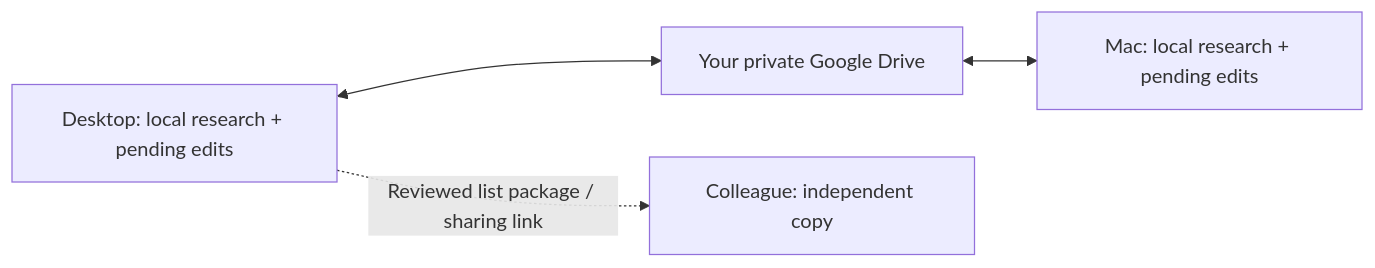
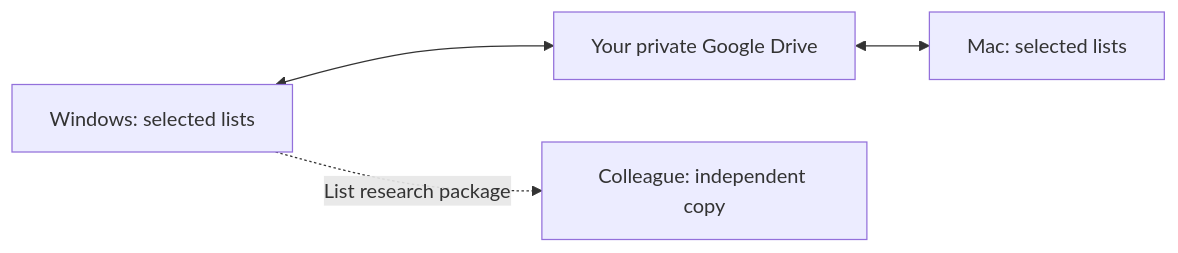
The first of 4 diagrams in README.md (puddings-world/Paperfact), drawn with Mermaid before and after one commit. The commit also changed other lines of this file and 2 other files, not shown here.

Commit message:
Lead desktop sync setup with per-device list selection and the tested Mac build

````diff
--- a/README.md
+++ b/README.md
@@ -158,6 +165,6 @@
 ```mermaid
 flowchart LR
-    A["Desktop: local research + pending edits"] <--> D["Your private Google Drive"]
-    D <--> B["Mac: local research + pending edits"]
-    A -. "Reviewed list package / sharing link" .-> C["Colleague: independent copy"]
+    A["Windows: selected lists"] <--> D["Your private Google Drive"]
+    D <--> B["Mac: selected lists"]
+    A -. "List research package" .-> C["Colleague: independent copy"]
 ```
````
